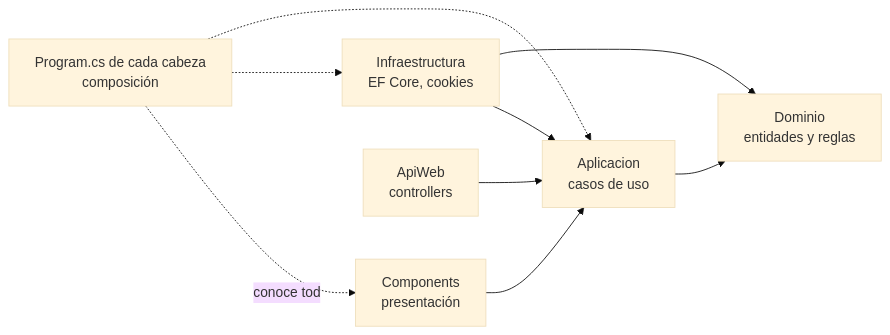
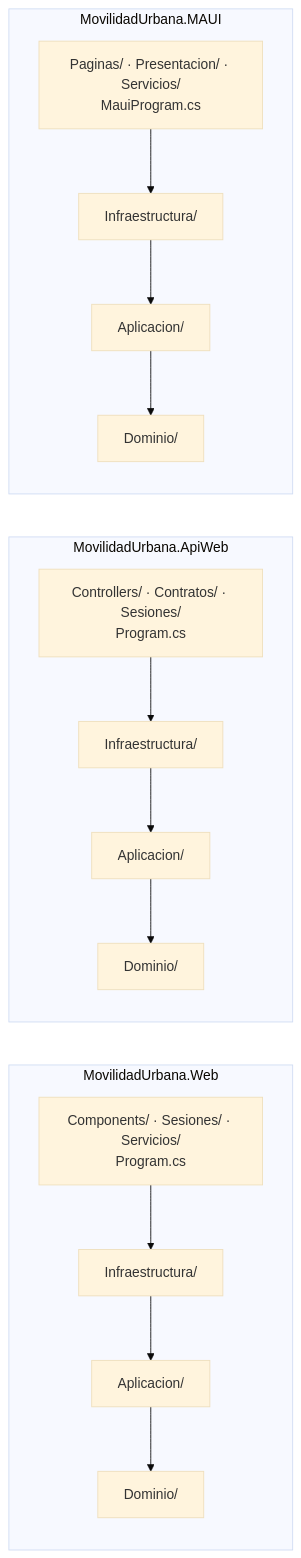
One commit to hdcm-dev/Lab-E2E.WebBlazor.Documentacion changed the first of 2 diagrams in ia-db/indexes/01_Arquitectura.md. Above: the diagram before and after it, drawn with Mermaid (base theme). The commit also changed other lines of this file and 16 other files, not shown here.

````diff
--- a/ia-db/indexes/01_Arquitectura.md
+++ b/ia-db/indexes/01_Arquitectura.md
@@ -21,11 +17,15 @@
 ```mermaid
-graph LR
-    C[Components<br/>presentación] --> A[Aplicacion<br/>casos de uso]
-    I[Infraestructura<br/>EF Core, cookies] --> A
-    A --> D[Dominio<br/>entidades y reglas]
-    I --> D
-    API[ApiWeb<br/>controllers] --> A
-    P[Program.cs de cada cabeza<br/>composición] -.conoce todo.-> C
-    P -.-> I
-    P -.-> A
+flowchart LR
+    subgraph Web[MovilidadUrbana.Web]
+        direction TB
+        WP[Components/ · Sesiones/ · Servicios/<br/>Program.cs] --> WI[Infraestructura/] --> WA[Aplicacion/] --> WD[Dominio/]
+    end
+    subgraph Api[MovilidadUrbana.ApiWeb]
+        direction TB
+        AP[Controllers/ · Contratos/ · Sesiones/<br/>Program.cs] --> AI[Infraestructura/] --> AA[Aplicacion/] --> AD[Dominio/]
+    end
+    subgraph Maui[MovilidadUrbana.MAUI]
+        direction TB
+        MP[Paginas/ · Presentacion/ · Servicios/<br/>MauiProgram.cs] --> MI[Infraestructura/] --> MA[Aplicacion/] --> MD[Dominio/]
+    end
 ```
````
